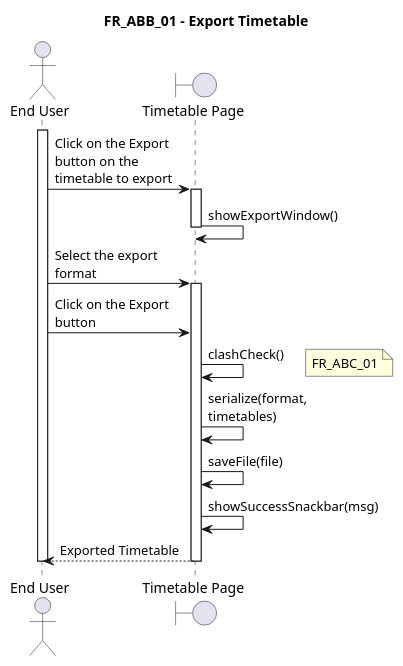
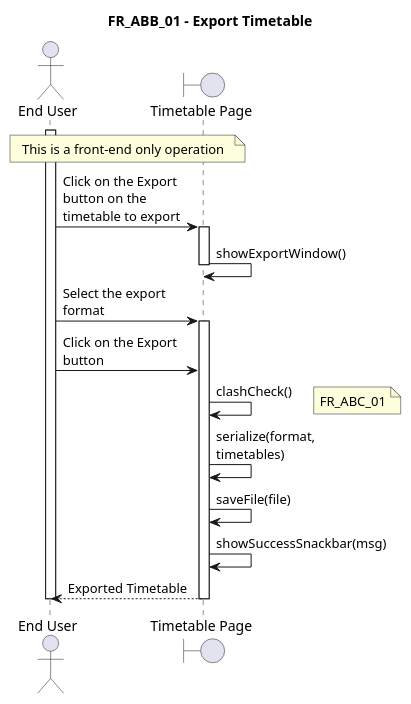
One commit to AdmiJW/UTM-FC-Scheduler-UML changed the diagram in sequence/end-user/FR_ABB_01.plantuml. Above: the diagram before and after it, drawn with PlantUML. The commit also changed 120 other files, not shown here.

Commit message:
JW: Complete Sequence Diagram

```diff
--- a/sequence/end-user/FR_ABB_01.plantuml
+++ b/sequence/end-user/FR_ABB_01.plantuml
@@ -1,29 +1,32 @@
 @startuml FR_ABB_01
 title FR_ABB_01 - Export Timetable
 skinparam maxMessageSize 125
 
 actor "End User" as eu
 boundary "Timetable Page" as fe
 ' control "TimetableController" as ct
 ' entity "Timetable" as en
 ' database "Database" as db
 
 activate eu
+
+note across : This is a front-end only operation
+
 
 eu -> fe ++ : Click on the Export button on the timetable to export
 fe -> fe -- : showExportWindow()
 
 eu -> fe ++ : Select the export format
 eu -> fe : Click on the Export button
 
 fe -> fe : clashCheck()
 note right : FR_ABC_01
 
 fe -> fe : serialize(format, timetables)
 fe -> fe : saveFile(file)
 fe -> fe : showSuccessSnackbar(msg)
 return Exported Timetable
 
 deactivate eu
 
 @enduml
```
